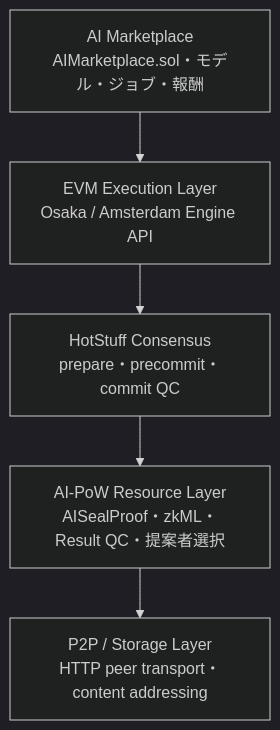
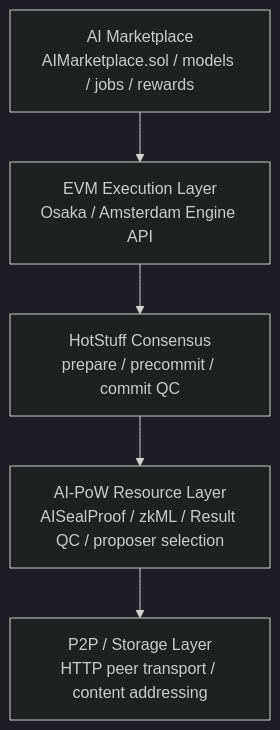
The diagram in README.md (CypherTroopers/AI_PoW_unifiedDAG), drawn with Mermaid (dark theme) before and after one commit. The commit also changed other lines of this file, not shown here.

````diff
--- a/README.md
+++ b/README.md
@@ -9,7 +9,7 @@
 ```mermaid
 flowchart TB
-    A["AI Marketplace<br/>AIMarketplace.sol・モデル・ジョブ・報酬"] --> B["EVM Execution Layer<br/>Osaka / Amsterdam Engine API"]
-    B --> C["HotStuff Consensus<br/>prepare・precommit・commit QC"]
-    C --> D["AI-PoW Resource Layer<br/>AISealProof・zkML・Result QC・提案者選択"]
-    D --> E["P2P / Storage Layer<br/>HTTP peer transport・content addressing"]
+    A["AI Marketplace<br/>AIMarketplace.sol / models / jobs / rewards"] --> B["EVM Execution Layer<br/>Osaka / Amsterdam Engine API"]
+    B --> C["HotStuff Consensus<br/>prepare / precommit / commit QC"]
+    C --> D["AI-PoW Resource Layer<br/>AISealProof / zkML / Result QC / proposer selection"]
+    D --> E["P2P / Storage Layer<br/>HTTP peer transport / content addressing"]
 ```
````
